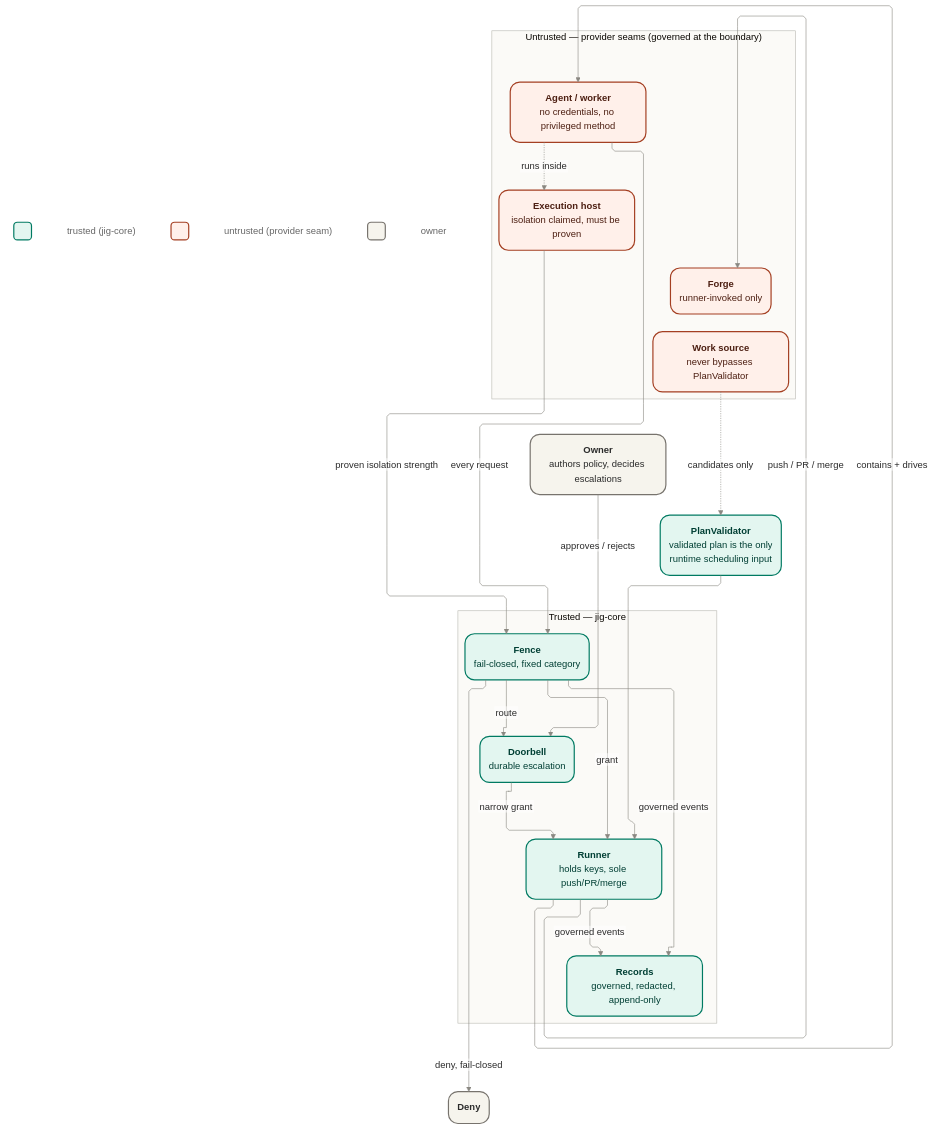
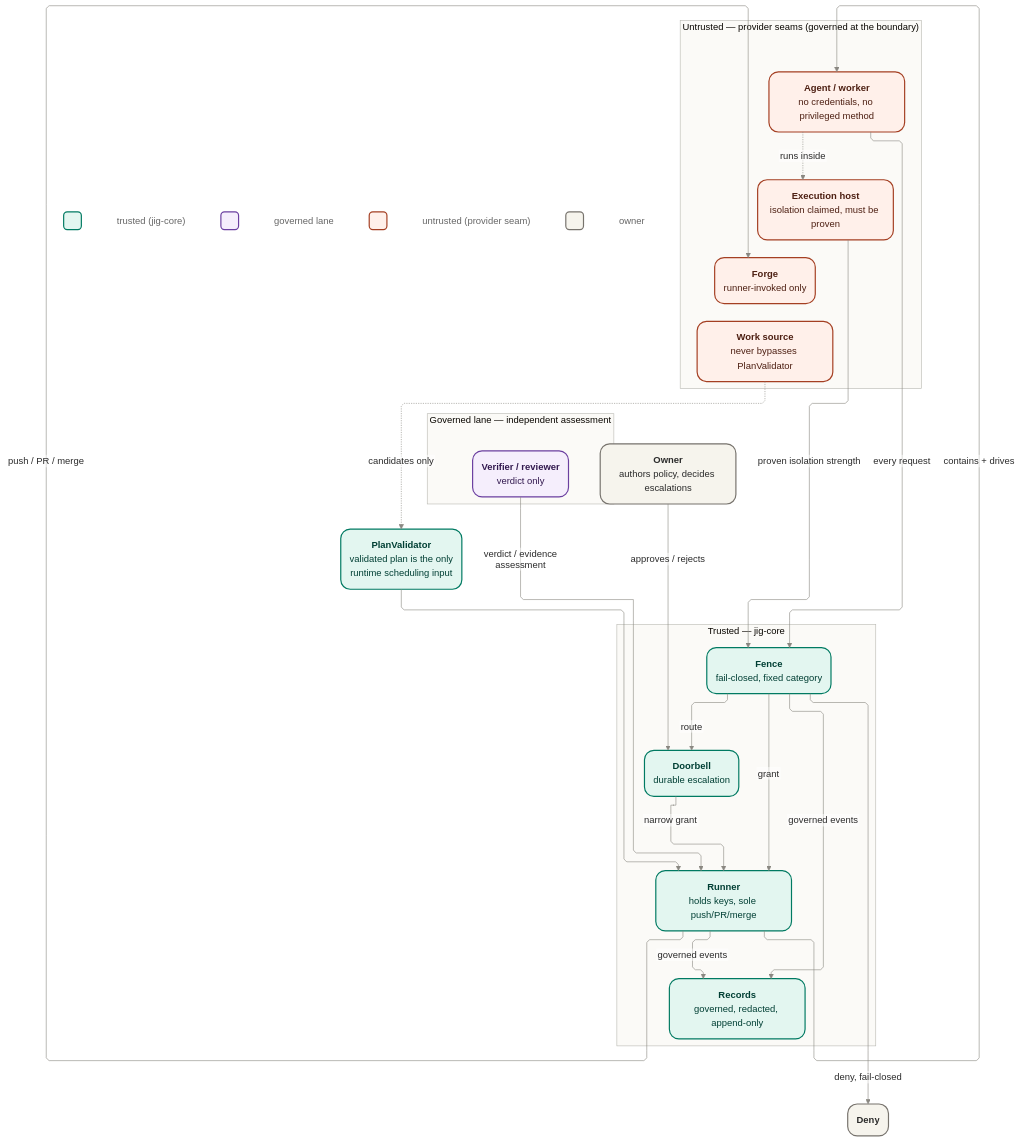
One commit to agentic-workflow-kit/jig changed the diagram in docs/design/security-model.md. Above: the diagram before and after it, drawn with Mermaid. The commit also changed other lines of this file and 12 other files, not shown here.

````diff
--- a/docs/design/security-model.md
+++ b/docs/design/security-model.md
@@ -258,6 +268,12 @@
     fence ~~~ doorbell ~~~ runner ~~~ records
   end
 
+  subgraph governed["Governed lane — independent assessment"]
+    direction LR
+    review("`**Verifier / reviewer**
+verdict only`")
+  end
+
   subgraph untrusted["Untrusted — provider seams (governed at the boundary)"]
     direction LR
     worker("`**Agent / worker**
@@ -277,6 +293,7 @@
   fence -->|route| doorbell
   fence -->|deny, fail-closed| deny("`**Deny**`")
   doorbell -->|narrow grant| runner
+  review -->|verdict / evidence assessment| runner
   runner -->|push / PR / merge| forge
   runner -->|contains + drives| worker
   worker -.->|runs inside| host
@@ -290,23 +307,27 @@
 
   subgraph legend[" "]
     direction LR
-    l1(" ") ~~~ lt1["trusted (jig-core)"] ~~~ l2(" ") ~~~ lt2["untrusted (provider seam)"] ~~~ l3(" ") ~~~ lt3["owner"]
+    l1(" ") ~~~ lt1["trusted (jig-core)"] ~~~ l2(" ") ~~~ lt2["governed lane"] ~~~ l3(" ") ~~~ lt3["untrusted (provider seam)"] ~~~ l4(" ") ~~~ lt4["owner"]
   end
   style legend fill:transparent,stroke:transparent,color:transparent
 
   classDef coreBox fill:#e3f6f0,stroke:#007a62,stroke-width:2px,color:#003f34,rx:16,ry:16;
+  classDef governedBox fill:#f5eefc,stroke:#6b3fa0,stroke-width:2px,color:#32194f,rx:16,ry:16;
   classDef seamBox fill:#fff0ea,stroke:#a43f22,stroke-width:2px,color:#4d1f12,rx:16,ry:16;
   classDef commonBox fill:#f6f4ed,stroke:#77736d,stroke-width:2px,color:#2b2b2b,rx:16,ry:16;
   classDef legendCore fill:#e3f6f0,stroke:#007a62,stroke-width:2px,color:#003f34,rx:6,ry:6;
+  classDef legendGoverned fill:#f5eefc,stroke:#6b3fa0,stroke-width:2px,color:#32194f,rx:6,ry:6;
   classDef legendSeam fill:#fff0ea,stroke:#a43f22,stroke-width:2px,color:#4d1f12,rx:6,ry:6;
   classDef legendOwner fill:#f6f4ed,stroke:#77736d,stroke-width:2px,color:#2b2b2b,rx:6,ry:6;
   classDef legendText fill:transparent,stroke:transparent,color:#666666;
 
   class fence,doorbell,runner,records,plan coreBox;
+  class review governedBox;
   class worker,host,forge,source seamBox;
   class owner,deny commonBox;
   class l1 legendCore;
-  class l2 legendSeam;
-  class l3 legendOwner;
-  class lt1,lt2,lt3 legendText;
+  class l2 legendGoverned;
+  class l3 legendSeam;
+  class l4 legendOwner;
+  class lt1,lt2,lt3,lt4 legendText;
 ```
````
